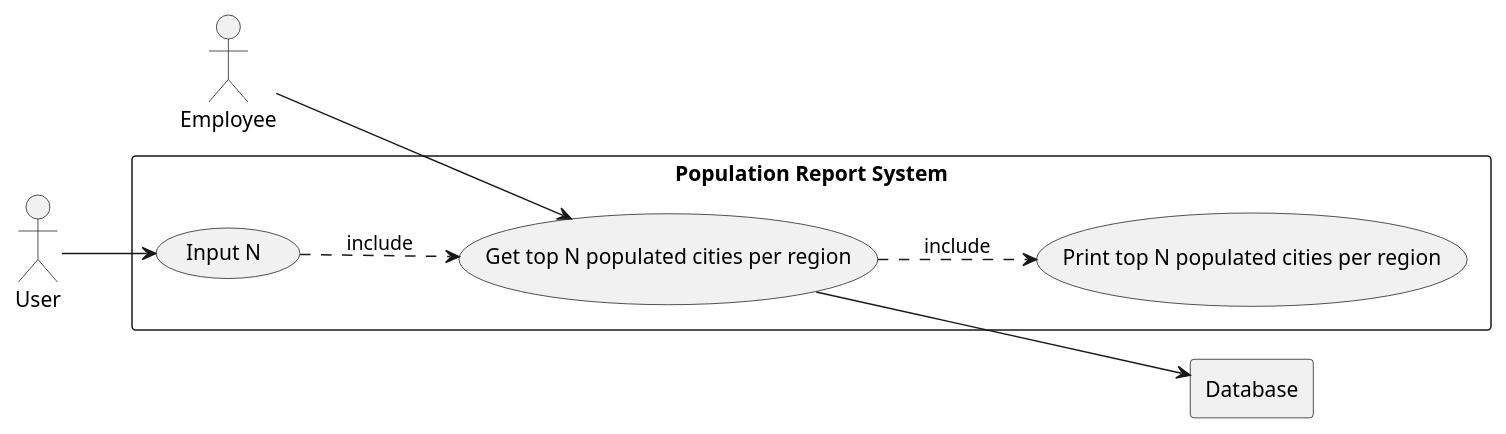
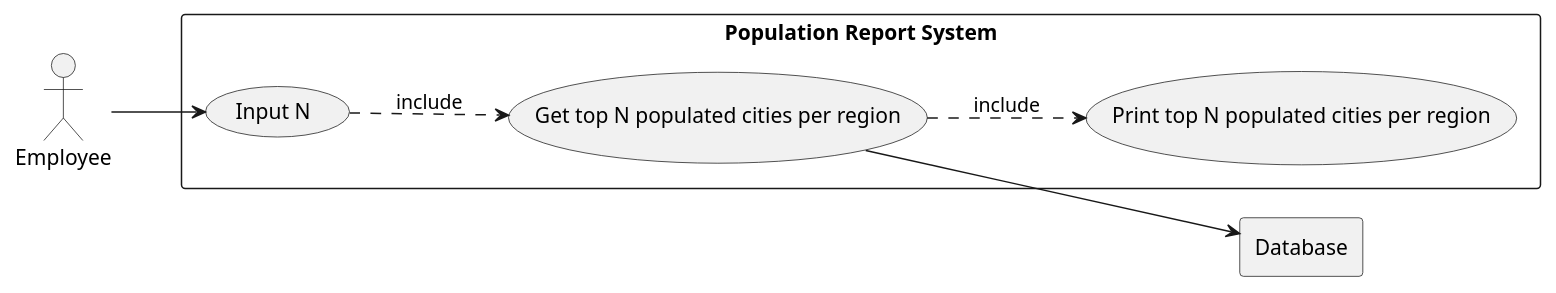
Before and after one commit to KelvinPompey-40718390/sem-project-group6: the diagram in use-cases/Population Report System.puml, drawn with PlantUML.

Commit message:
Removed unnecessary actor from diagram

```diff
--- a/use-cases/Population Report System.puml
+++ b/use-cases/Population Report System.puml
@@ -1,20 +1,19 @@
 @startuml
 left to right direction
 actor E as "Employee"
-actor U as "User"
 
 rectangle "Population Report System" {
     usecase UC14 as "Get top N populated cities per region"
 
     usecase UC14b as "Input N"
     usecase UC14a as "Print top N populated cities per region"
 }
 rectangle Database
 
-U --> UC14b
+E --> UC14b
 UC14b ..> UC14 : include
-E --> UC14
+
 UC14 ..> UC14a : include
 UC14 --> Database
 
 @enduml
```
